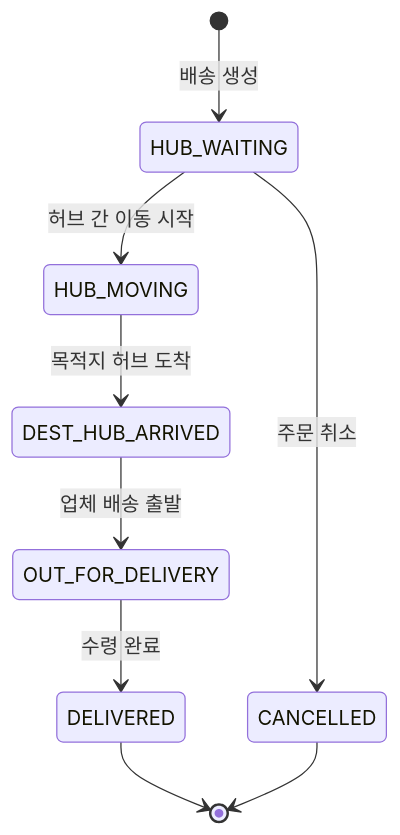
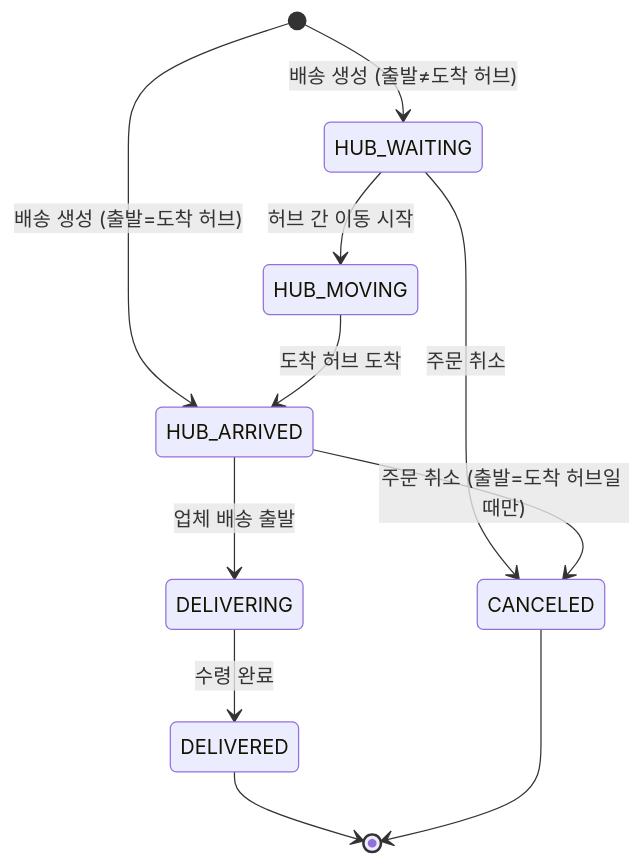
The second of 3 diagrams in docs/design/07 서비스 정책.md (01Commit10/sparta-logistics), drawn with Mermaid before and after one commit. The commit also changed other lines of this file and 9 other files, not shown here.

````diff
--- a/docs/design/07 서비스 정책.md
+++ b/docs/design/07 서비스 정책.md
@@ -281,11 +280,13 @@
 ```mermaid
 stateDiagram-v2
-    [*] --> HUB_WAITING : 배송 생성
+    [*] --> HUB_WAITING : 배송 생성 (출발≠도착 허브)
+    [*] --> HUB_ARRIVED : 배송 생성 (출발=도착 허브)
     HUB_WAITING --> HUB_MOVING : 허브 간 이동 시작
-    HUB_MOVING --> DEST_HUB_ARRIVED : 목적지 허브 도착
-    DEST_HUB_ARRIVED --> OUT_FOR_DELIVERY : 업체 배송 출발
-    OUT_FOR_DELIVERY --> DELIVERED : 수령 완료
-    HUB_WAITING --> CANCELLED : 주문 취소
+    HUB_MOVING --> HUB_ARRIVED : 도착 허브 도착
+    HUB_ARRIVED --> DELIVERING : 업체 배송 출발
+    DELIVERING --> DELIVERED : 수령 완료
+    HUB_WAITING --> CANCELED : 주문 취소
+    HUB_ARRIVED --> CANCELED : 주문 취소 (출발=도착 허브일 때만)
     DELIVERED --> [*]
-    CANCELLED --> [*]
+    CANCELED --> [*]
 ```
````
